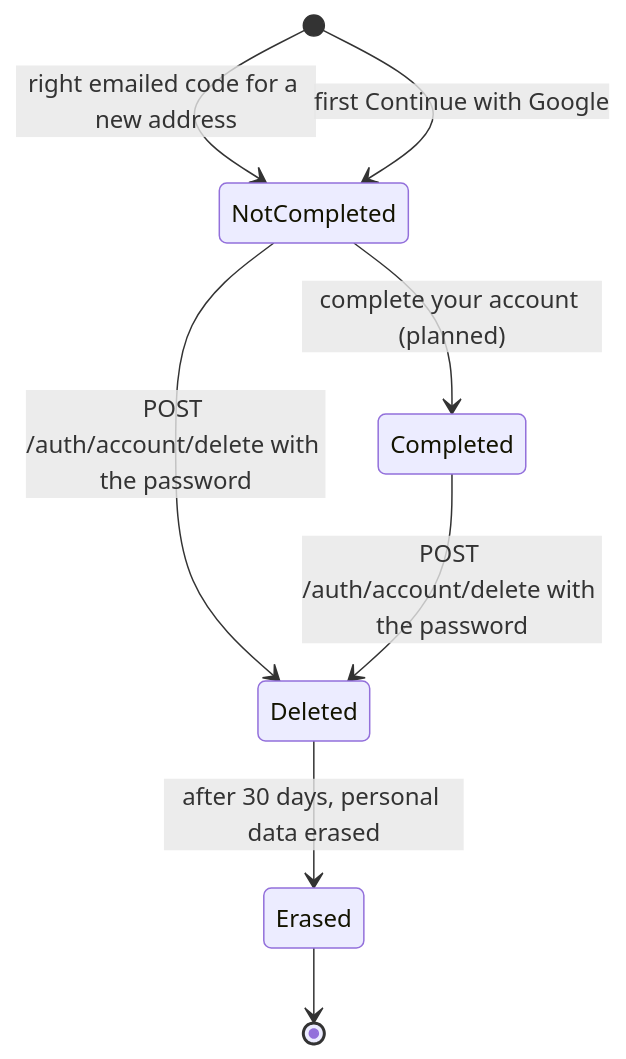
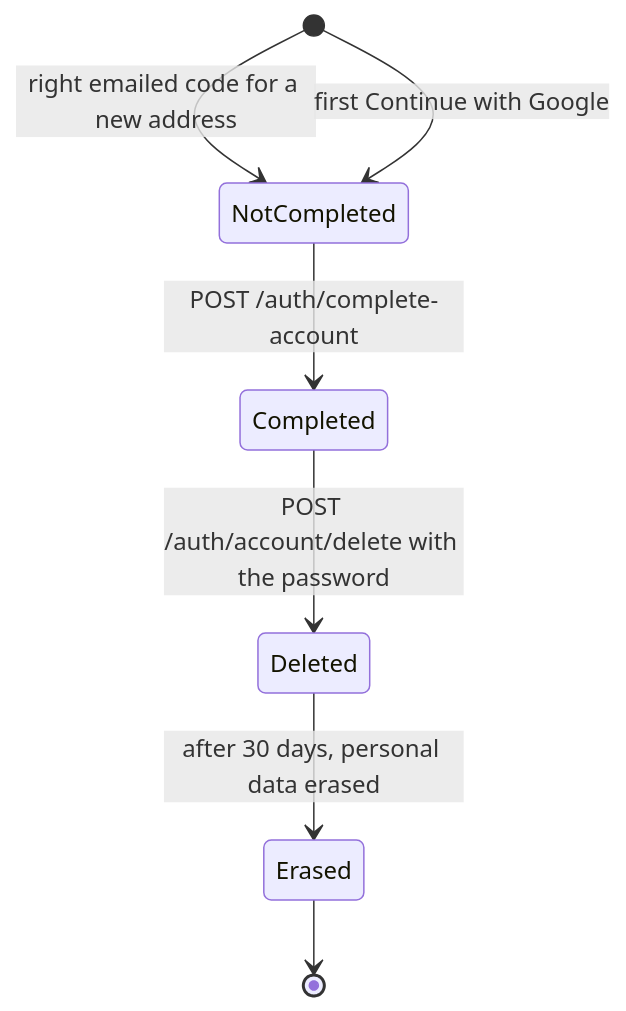
The diagram in docs/auth/accounts.md (StoriuSs/NezFocus-Backend), drawn with Mermaid before and after one commit. The commit also changed other lines of this file and 73 other files, not shown here.

First line of the commit message:
feat(auth): complete your account step and ACCOUNT_INCOMPLETE gate (L7)

````diff
--- a/docs/auth/accounts.md
+++ b/docs/auth/accounts.md
@@ -22,10 +22,9 @@
 ```mermaid
 stateDiagram-v2
     [*] --> NotCompleted: right emailed code for a new address
     [*] --> NotCompleted: first Continue with Google
-    NotCompleted --> Completed: complete your account (planned)
-    NotCompleted --> Deleted: POST /auth/account/delete with the password
+    NotCompleted --> Completed: POST /auth/complete-account
     Completed --> Deleted: POST /auth/account/delete with the password
     Deleted --> Erased: after 30 days, personal data erased
     Erased --> [*]
 ```
````
